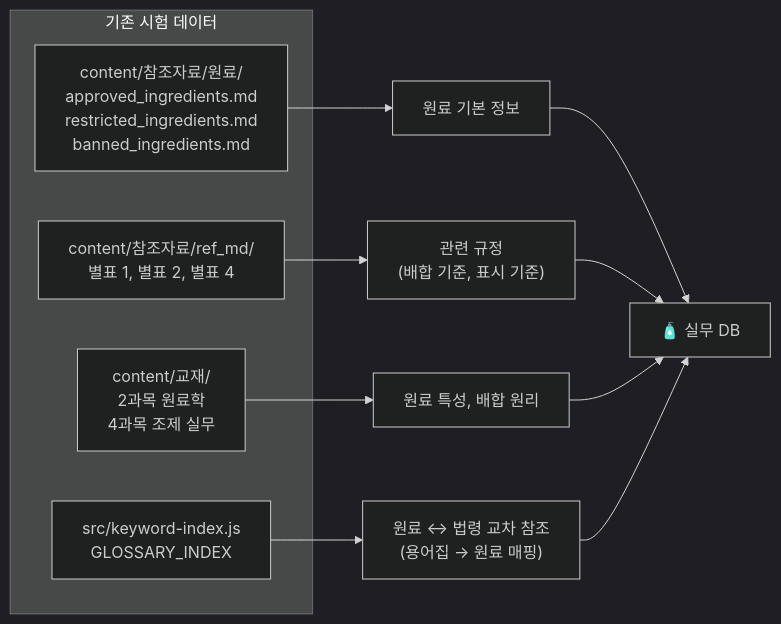
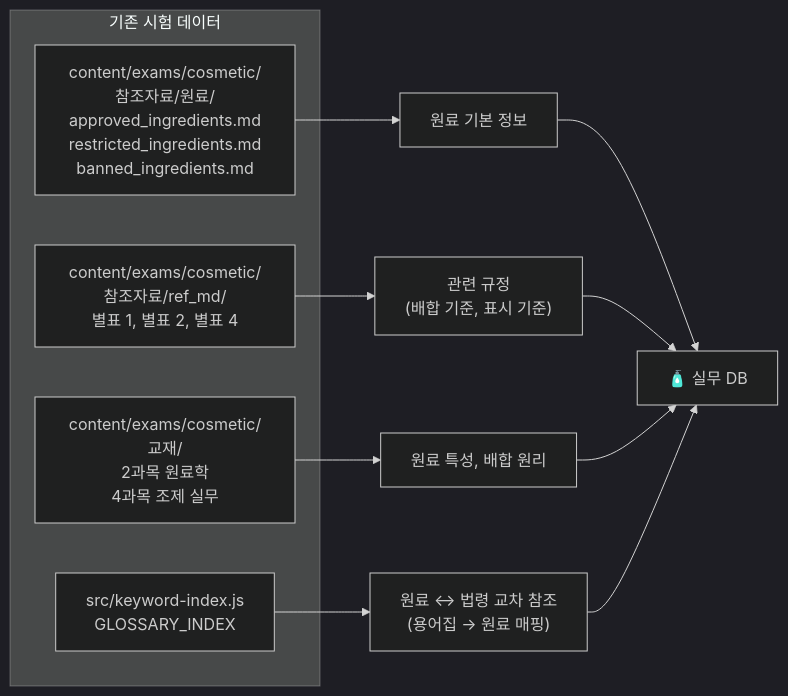
Before and after one commit to skygoldlee-cyber/Personalized_Skincare: the third of 11 diagrams in docs/dev/PASS_TO_PRACTICE_STRATEGY.md, drawn with Mermaid (dark theme). The commit also changed other lines of this file and 24 other files, not shown here.

````diff
--- a/docs/dev/PASS_TO_PRACTICE_STRATEGY.md
+++ b/docs/dev/PASS_TO_PRACTICE_STRATEGY.md
@@ -181,18 +181,18 @@
 ```mermaid
 flowchart LR
     subgraph EXISTING ["기존 시험 데이터"]
-        A["content/참조자료/원료/<br/>approved_ingredients.md<br/>restricted_ingredients.md<br/>banned_ingredients.md"]
-        B["content/참조자료/ref_md/<br/>별표 1, 별표 2, 별표 4"]
-        C["content/교재/<br/>2과목 원료학<br/>4과목 조제 실무"]
+        A["content/exams/cosmetic/참조자료/원료/<br/>approved_ingredients.md<br/>restricted_ingredients.md<br/>banned_ingredients.md"]
+        B["content/exams/cosmetic/참조자료/ref_md/<br/>별표 1, 별표 2, 별표 4"]
+        C["content/exams/cosmetic/교재/<br/>2과목 원료학<br/>4과목 조제 실무"]
         D["src/keyword-index.js<br/>GLOSSARY_INDEX"]
     end
     A --> R["원료 기본 정보"]
     B --> L["관련 규정<br/>(배합 기준, 표시 기준)"]
     C --> K["원료 특성, 배합 원리"]
     D --> X["원료 ↔ 법령 교차 참조<br/>(용어집 → 원료 매핑)"]
     R --> PRACTICE["🧴 실무 DB"]
     L --> PRACTICE
     K --> PRACTICE
     X --> PRACTICE
 
 ```
````
